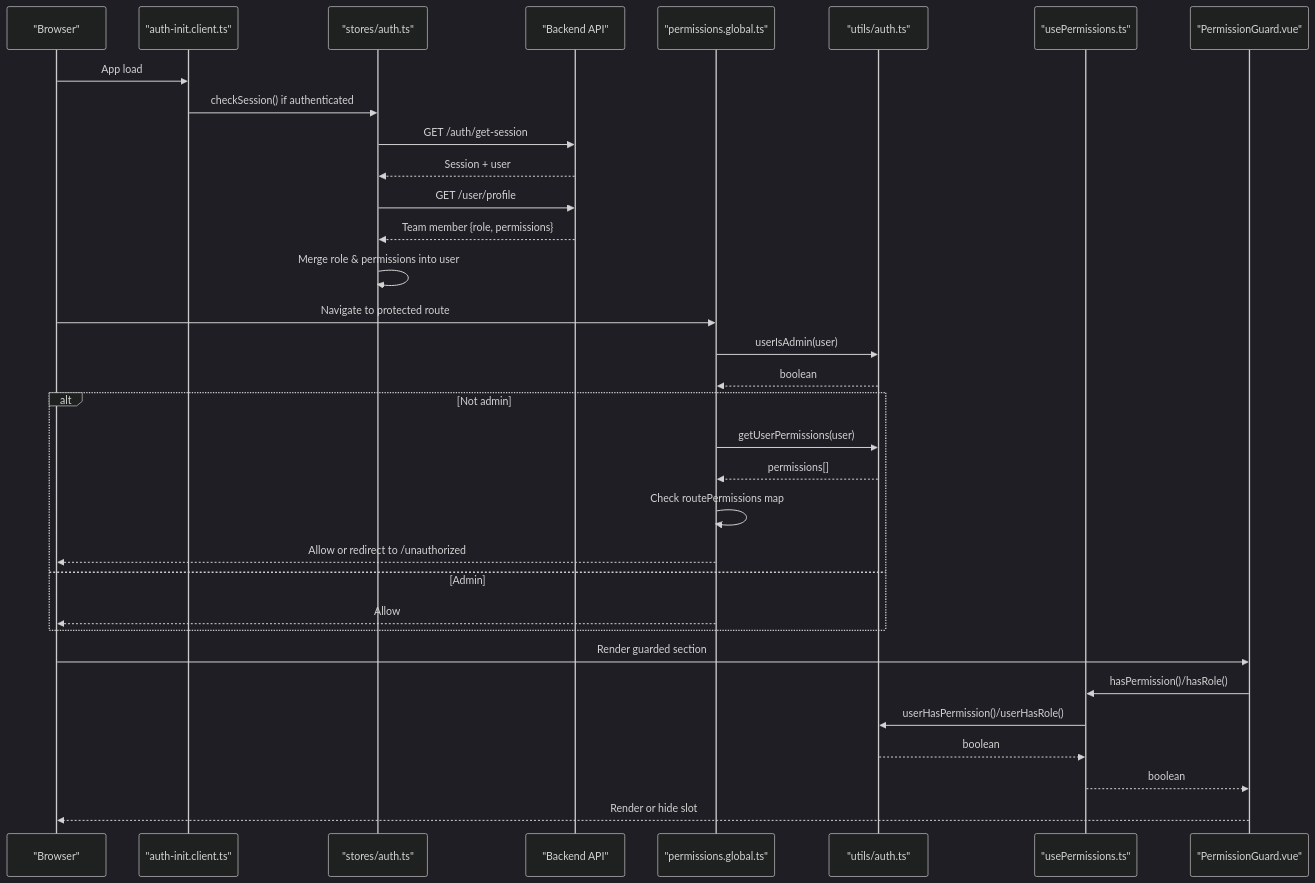
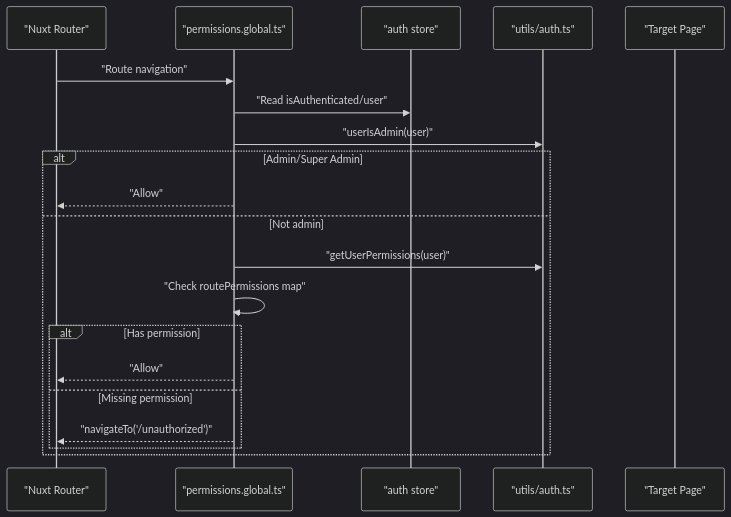
One commit to Lazynerd-Studios/lacarte-atlas-console changed the second of 3 diagrams in .qoder/repowiki/en/content/Authentication & Authorization/Permission System.md. Above: the diagram before and after it, drawn with Mermaid (dark theme). The commit also changed other lines of this file and 139 other files, not shown here.

````diff
--- a/.qoder/repowiki/en/content/Authentication & Authorization/Permission System.md
+++ b/.qoder/repowiki/en/content/Authentication & Authorization/Permission System.md
@@ -143,35 +121,22 @@
 ```mermaid
 sequenceDiagram
-participant Browser as "Browser"
-participant Plugin as "auth-init.client.ts"
-participant Store as "stores/auth.ts"
-participant API as "Backend API"
-participant Middleware as "permissions.global.ts"
+participant Router as "Nuxt Router"
+participant MW as "permissions.global.ts"
+participant Store as "auth store"
 participant Utils as "utils/auth.ts"
-participant Composable as "usePermissions.ts"
-participant Guard as "PermissionGuard.vue"
-Browser->>Plugin : App load
-Plugin->>Store : checkSession() if authenticated
-Store->>API : GET /auth/get-session
-API-->>Store : Session + user
-Store->>API : GET /user/profile
-API-->>Store : Team member {role, permissions}
-Store->>Store : Merge role & permissions into user
-Browser->>Middleware : Navigate to protected route
-Middleware->>Utils : userIsAdmin(user)
-Utils-->>Middleware : boolean
-alt Not admin
-Middleware->>Utils : getUserPermissions(user)
-Utils-->>Middleware : permissions[]
-Middleware->>Middleware : Check routePermissions map
-Middleware-->>Browser : Allow or redirect to /unauthorized
-else Admin
-Middleware-->>Browser : Allow
+participant Page as "Target Page"
+Router->>MW : "Route navigation"
+MW->>Store : "Read isAuthenticated/user"
+MW->>Utils : "userIsAdmin(user)"
+alt Admin/Super Admin
+MW-->>Router : "Allow"
+else Not admin
+MW->>Utils : "getUserPermissions(user)"
+MW->>MW : "Check routePermissions map"
+alt Has permission
+MW-->>Router : "Allow"
+else Missing permission
+MW-->>Router : "navigateTo('/unauthorized')"
 end
-Browser->>Guard : Render guarded section
-Guard->>Composable : hasPermission()/hasRole()
-Composable->>Utils : userHasPermission()/userHasRole()
-Utils-->>Composable : boolean
-Composable-->>Guard : boolean
-Guard-->>Browser : Render or hide slot
+end
 ```
````
